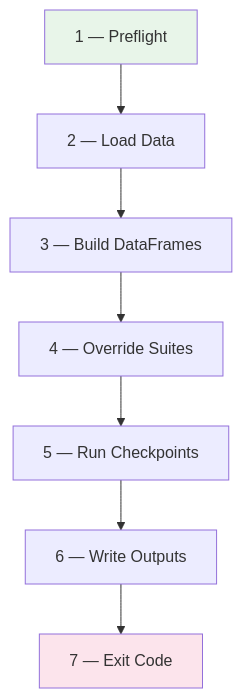
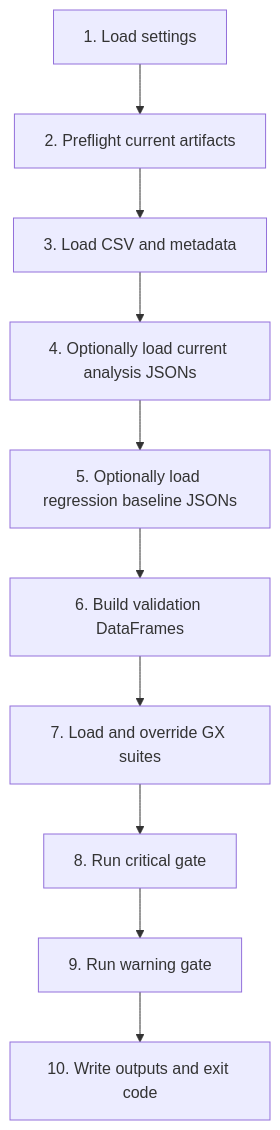
Before and after one commit to BioRemPP/biorempp_db: the diagram in docs/validation-gx/architecture.md, drawn with Mermaid. The commit also changed other lines of this file and 9 other files, not shown here.

````diff
--- a/docs/validation-gx/architecture.md
+++ b/docs/validation-gx/architecture.md
@@ -42,12 +39,12 @@
 ```mermaid
 flowchart TD
-    A["1 — Preflight"] --> B["2 — Load Data"]
-    B --> C["3 — Build DataFrames"]
-    C --> D["4 — Override Suites"]
-    D --> E["5 — Run Checkpoints"]
-    E --> F["6 — Write Outputs"]
-    F --> G["7 — Exit Code"]
-
-    style A fill:#e8f5e9
-    style G fill:#fce4ec
+    A["1. Load settings"] --> B["2. Preflight current artifacts"]
+    B --> C["3. Load CSV and metadata"]
+    C --> D["4. Optionally load current analysis JSONs"]
+    D --> E["5. Optionally load regression baseline JSONs"]
+    E --> F["6. Build validation DataFrames"]
+    F --> G["7. Load and override GX suites"]
+    G --> H["8. Run critical gate"]
+    H --> I["9. Run warning gate"]
+    I --> J["10. Write outputs and exit code"]
 ```
````
